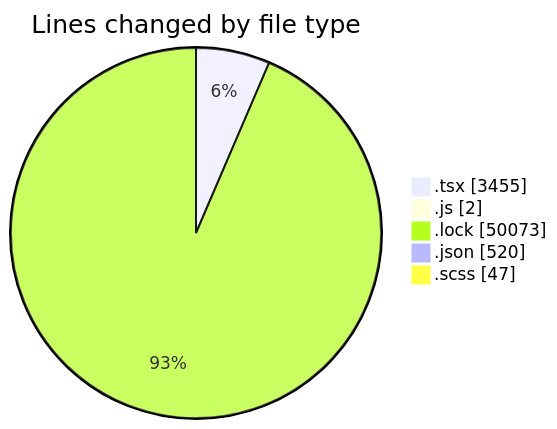
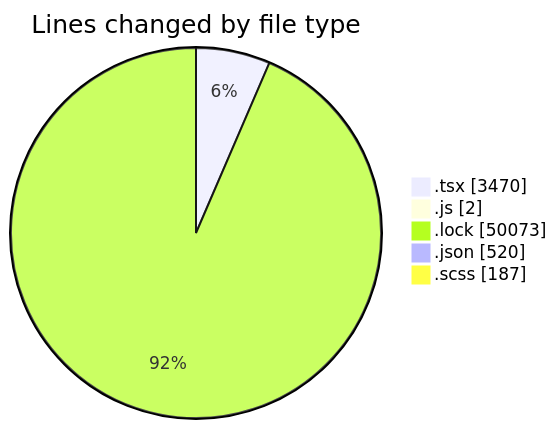
One commit to momahboobian/code-tracking changed the first of 2 diagrams in 2026-05-15/cda/README.md. Above: the diagram before and after it, drawn with Mermaid. The commit also changed other lines of this file and 1 other file, not shown here.

````diff
--- a/2026-05-15/cda/README.md
+++ b/2026-05-15/cda/README.md
@@ -45,9 +46,9 @@
 ```mermaid
 pie showData
 title Lines changed by file type
-".tsx" : 3455
+".tsx" : 3470
 ".js" : 2
 ".lock" : 50073
 ".json" : 520
-".scss" : 47
+".scss" : 187
 ```
````
